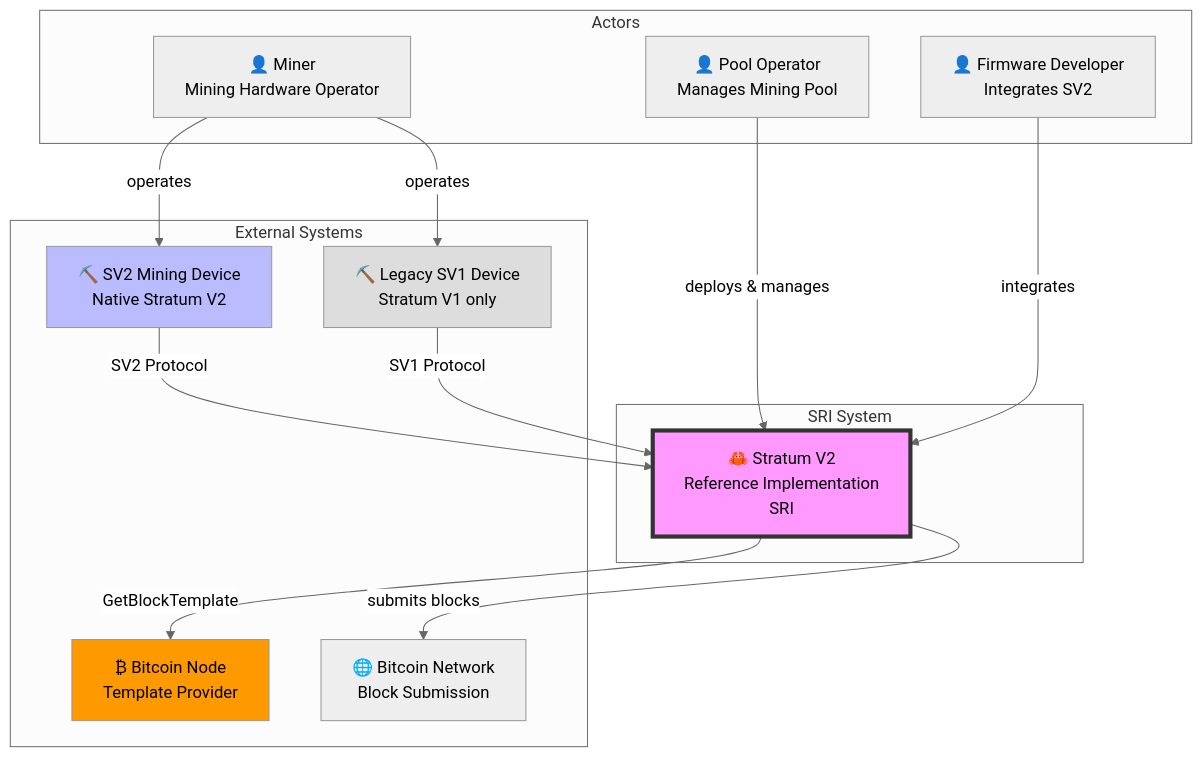
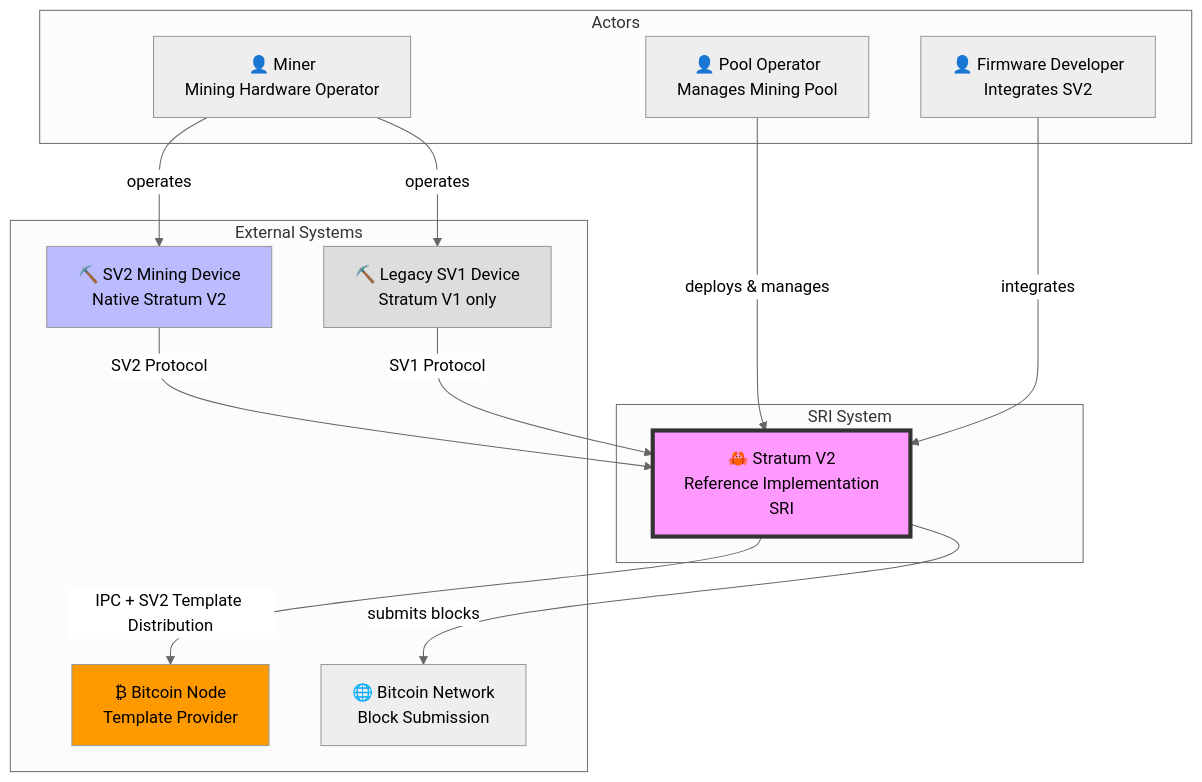
Before and after one commit to EthnTuttle/stratum: the diagram in docs/src/architecture/context.md, drawn with Mermaid (neutral theme). The commit also changed other lines of this file and 2 other files, not shown here.

First line of the commit message:
fix(docs): Correct Template Provider to use Bitcoin Core IPC interface

````diff
--- a/docs/src/architecture/context.md
+++ b/docs/src/architecture/context.md
@@ -7,34 +7,34 @@
 ```mermaid
 graph TB
     subgraph "Actors"
         Miner[👤 Miner<br/>Mining Hardware Operator]
         PoolOp[👤 Pool Operator<br/>Manages Mining Pool]
         Firmware[👤 Firmware Developer<br/>Integrates SV2]
     end
 
     subgraph "SRI System"
         SRI[🦀 Stratum V2<br/>Reference Implementation<br/>SRI]
     end
 
     subgraph "External Systems"
         SV2Miner[⛏️ SV2 Mining Device<br/>Native Stratum V2]
         SV1Miner[⛏️ Legacy SV1 Device<br/>Stratum V1 only]
         Bitcoin[₿ Bitcoin Node<br/>Template Provider]
         Network[🌐 Bitcoin Network<br/>Block Submission]
     end
 
     Miner -->|operates| SV2Miner
     Miner -->|operates| SV1Miner
     PoolOp -->|deploys & manages| SRI
     Firmware -->|integrates| SRI
 
     SV2Miner -->|SV2 Protocol| SRI
     SV1Miner -->|SV1 Protocol| SRI
-    SRI -->|GetBlockTemplate| Bitcoin
+    SRI -->|IPC + SV2 Template Distribution| Bitcoin
     SRI -->|submits blocks| Network
 
     style SRI fill:#f9f,stroke:#333,stroke-width:4px
     style SV2Miner fill:#bbf
     style SV1Miner fill:#ddd
     style Bitcoin fill:#f90
 ```
````
